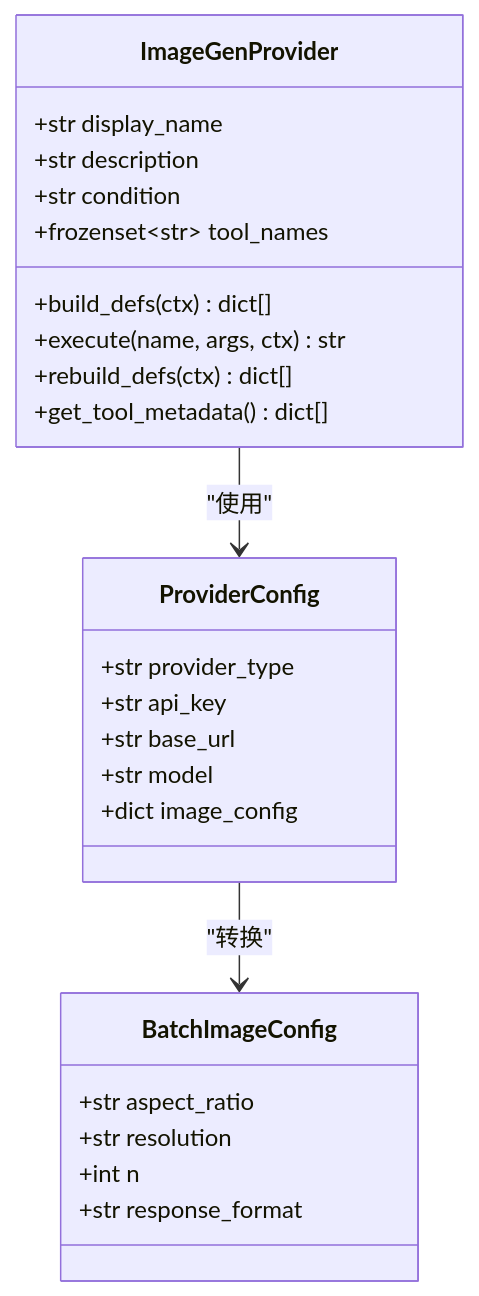
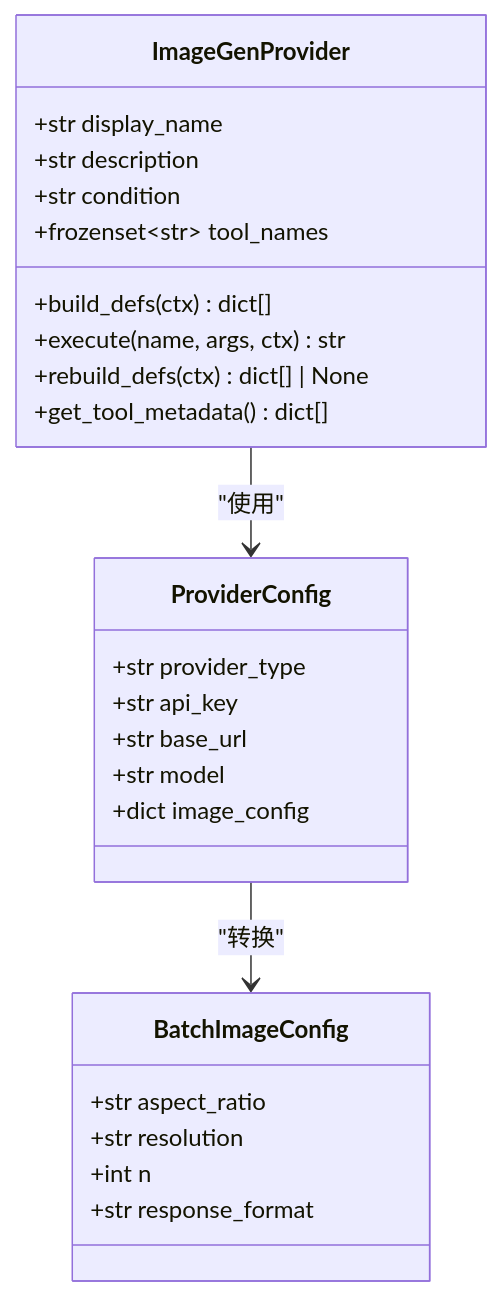
The sixth of 9 diagrams in .qoder/repowiki/zh/content/后端服务架构/业务服务层/工具管理系统.md (KunLabAI/KunFlix), drawn with Mermaid before and after one commit. The commit also changed other lines of this file and 13 other files, not shown here.

````diff
--- a/.qoder/repowiki/zh/content/后端服务架构/业务服务层/工具管理系统.md
+++ b/.qoder/repowiki/zh/content/后端服务架构/业务服务层/工具管理系统.md
@@ -267,28 +296,28 @@
 ```mermaid
 classDiagram
 class ImageGenProvider {
 +str display_name
 +str description
 +str condition
 +frozenset~str~ tool_names
 +build_defs(ctx) dict[]
 +execute(name, args, ctx) str
-+rebuild_defs(ctx) dict[]
++rebuild_defs(ctx) dict[] | None
 +get_tool_metadata() dict[]
 }
 class ProviderConfig {
 +str provider_type
 +str api_key
 +str base_url
 +str model
 +dict image_config
 }
 class BatchImageConfig {
 +str aspect_ratio
 +str resolution
 +int n
 +str response_format
 }
 ImageGenProvider --> ProviderConfig : "使用"
 ProviderConfig --> BatchImageConfig : "转换"
 ```
````
